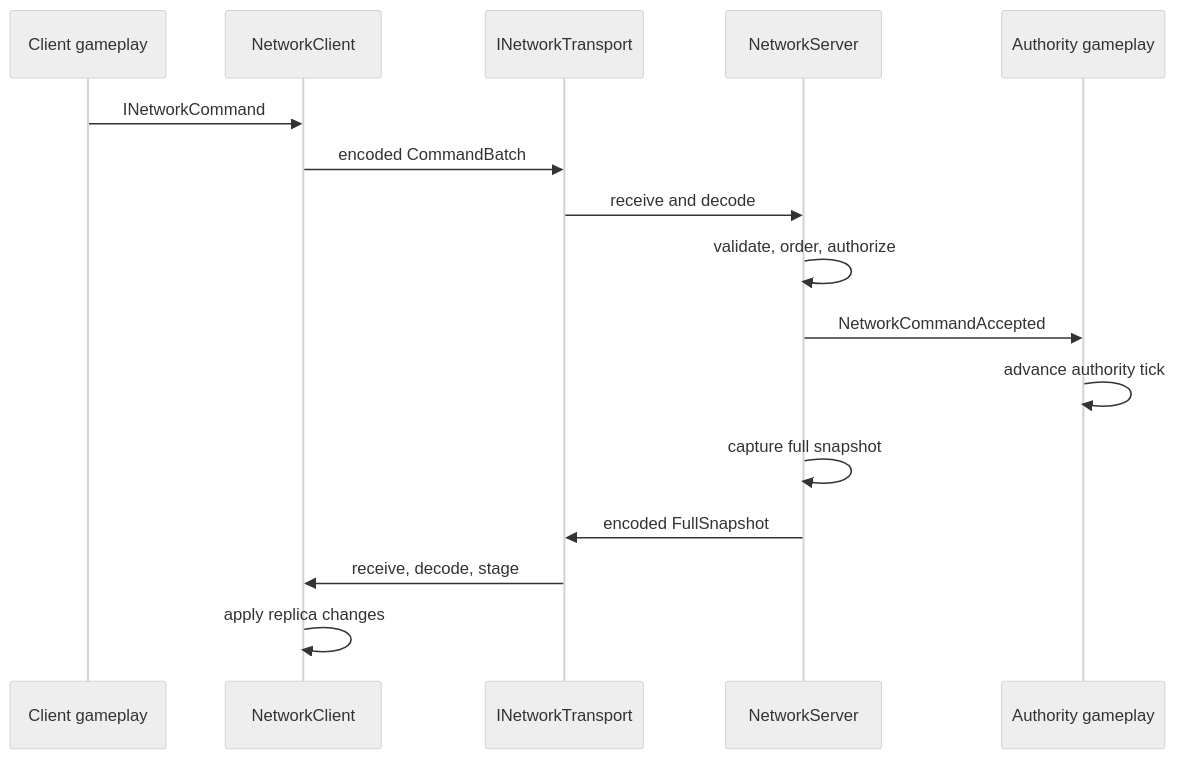
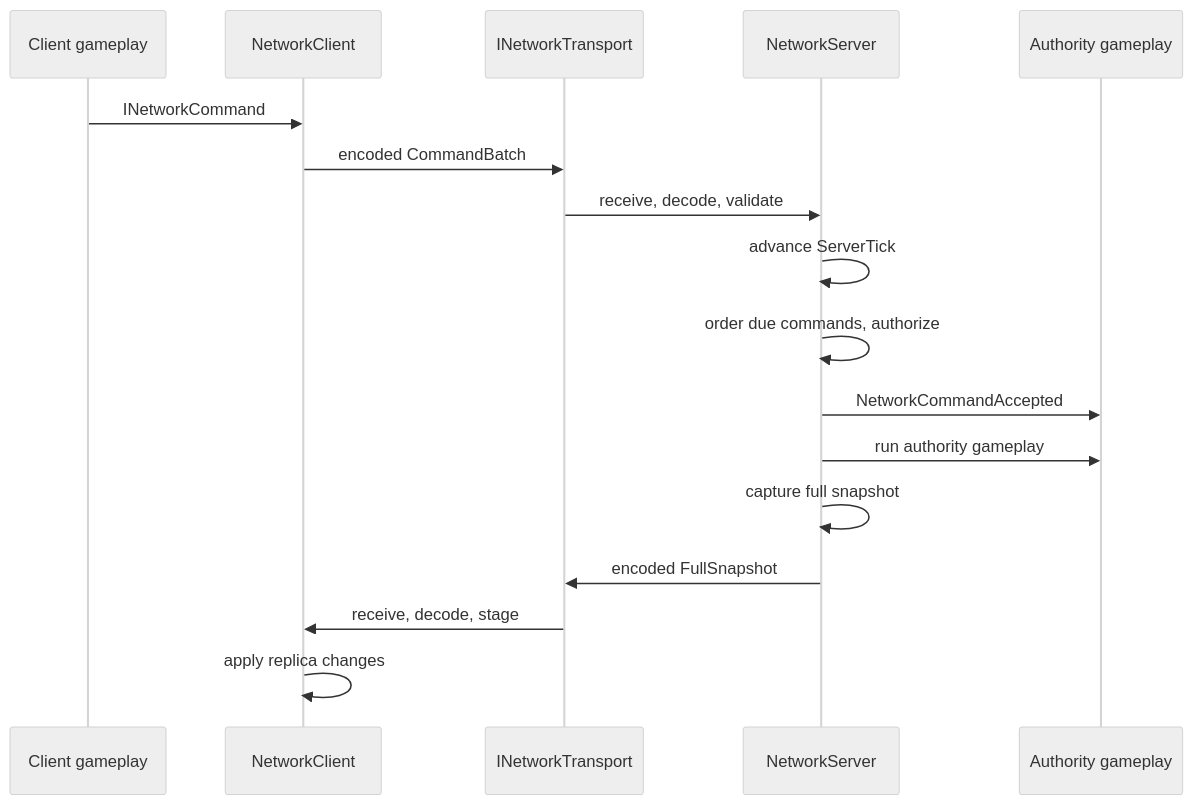
One commit to UnioGame/unigame.staticecs.network changed the second of 3 diagrams in README.md. Above: the diagram before and after it, drawn with Mermaid (neutral theme).

Commit message:
docs: clarify authoritative tick flow

````diff
--- a/README.md
+++ b/README.md
@@ -133,19 +133,20 @@
 ```mermaid
 sequenceDiagram
     participant Input as Client gameplay
     participant Client as NetworkClient
     participant Transport as INetworkTransport
     participant Server as NetworkServer
     participant World as Authority gameplay
 
     Input->>Client: INetworkCommand
     Client->>Transport: encoded CommandBatch
-    Transport->>Server: receive and decode
-    Server->>Server: validate, order, authorize
+    Transport->>Server: receive, decode, validate
+    Server->>Server: advance ServerTick
+    Server->>Server: order due commands, authorize
     Server->>World: NetworkCommandAccepted
-    World->>World: advance authority tick
+    Server->>World: run authority gameplay
     Server->>Server: capture full snapshot
     Server->>Transport: encoded FullSnapshot
     Transport->>Client: receive, decode, stage
     Client->>Client: apply replica changes
 ```
````
